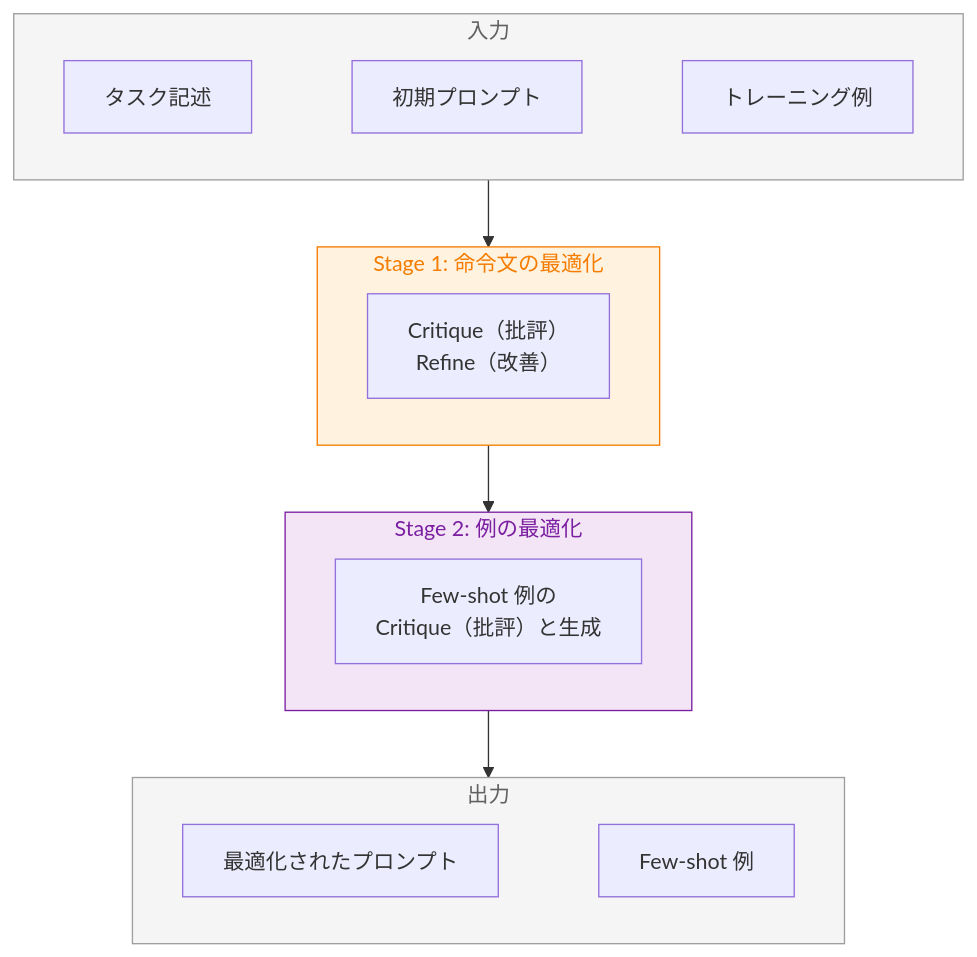
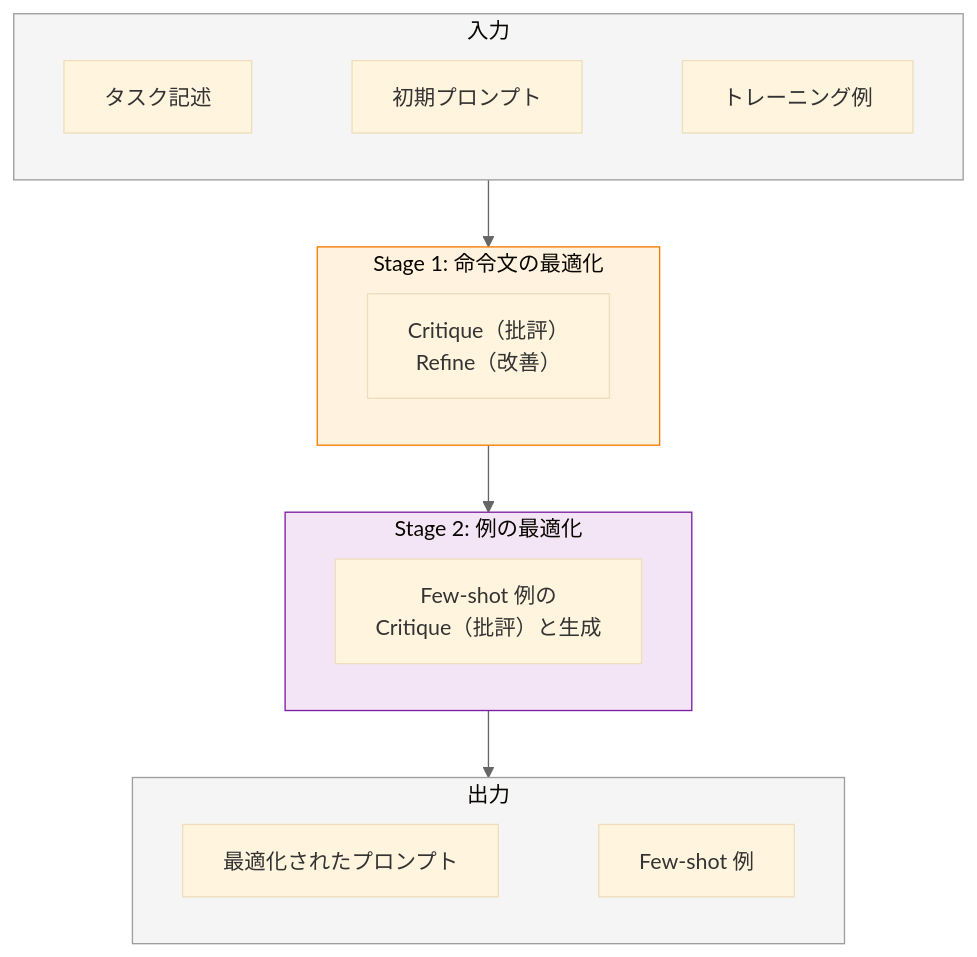
Before and after one commit to nomhiro/zenn-blog: the first of 5 diagrams in articles/promptwizard-vs-agentlightning.md, drawn with Mermaid. The commit also changed other lines of this file and 2 other files, not shown here.

Commit message:
fix: 設定ファイルのパーミッションを追加し、.gitignoreを更新

````diff
--- a/articles/promptwizard-vs-agentlightning.md
+++ b/articles/promptwizard-vs-agentlightning.md
@@ -65,29 +65,30 @@
 ```mermaid
+%%{init: {'theme': 'base', 'themeVariables': { 'primaryTextColor': '#333', 'lineColor': '#666' }}}%%
 flowchart TB
     subgraph Input["入力"]
         direction LR
         I1[タスク記述] ~~~ I2[初期プロンプト] ~~~ I3[トレーニング例]
     end
 
     subgraph Stage1["Stage 1: 命令文の最適化"]
         direction LR
         S1[Critique（批評）<br>Refine（改善）]
     end
 
     subgraph Stage2["Stage 2: 例の最適化"]
         direction LR
         S2[Few-shot 例の<br>Critique（批評）と生成]
     end
 
     subgraph Output["出力"]
         direction LR
         O1[最適化されたプロンプト] ~~~ O2[Few-shot 例]
     end
 
     Input --> Stage1 --> Stage2 --> Output
 
-    style Input fill:#f5f5f5,stroke:#9e9e9e,color:#616161
-    style Stage1 fill:#fff3e0,stroke:#f57c00,color:#f57c00
-    style Stage2 fill:#f3e5f5,stroke:#7b1fa2,color:#7b1fa2
-    style Output fill:#f5f5f5,stroke:#9e9e9e,color:#616161
+    style Input fill:#f5f5f5,stroke:#9e9e9e
+    style Stage1 fill:#fff3e0,stroke:#f57c00
+    style Stage2 fill:#f3e5f5,stroke:#7b1fa2
+    style Output fill:#f5f5f5,stroke:#9e9e9e
 ```
````
